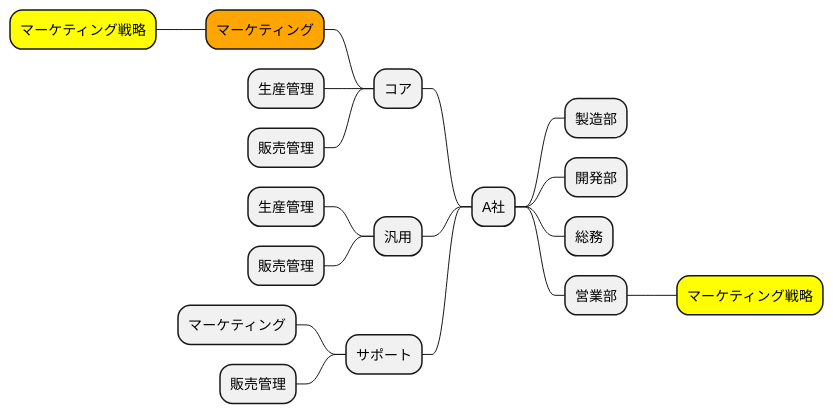
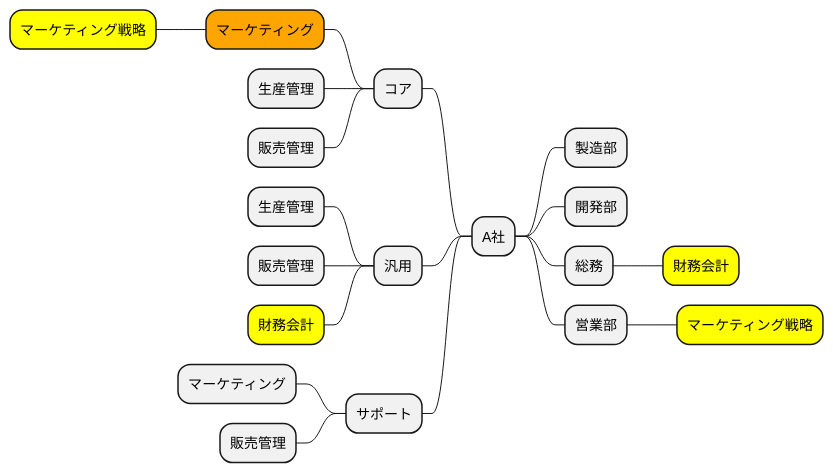
Diagram 14 of 19 in docs/case/r01_case_1.adoc (k2works/case-sutudy-business-analysis), drawn with PlantUML before and after one commit. The commit also changed other lines of this file, not shown here.

```diff
--- a/docs/case/r01_case_1.adoc
+++ b/docs/case/r01_case_1.adoc
@@ -446,25 +450,27 @@
 [plantuml]
 ----
 @startmindmap
 
 * A社
 ** 製造部
 ** 開発部
 ** 総務
+***[#yellow] 財務会計
 ** 営業部
 ***[#yellow] マーケティング戦略
 left side
 ** コア
 ***[#orange] マーケティング
 ****[#yellow] マーケティング戦略
 *** 生産管理
 *** 販売管理
 ** 汎用
 *** 生産管理
 *** 販売管理
+***[#yellow] 財務会計
 ** サポート
 *** マーケティング
 *** 販売管理
 
 @endmindmap
 ----
```
